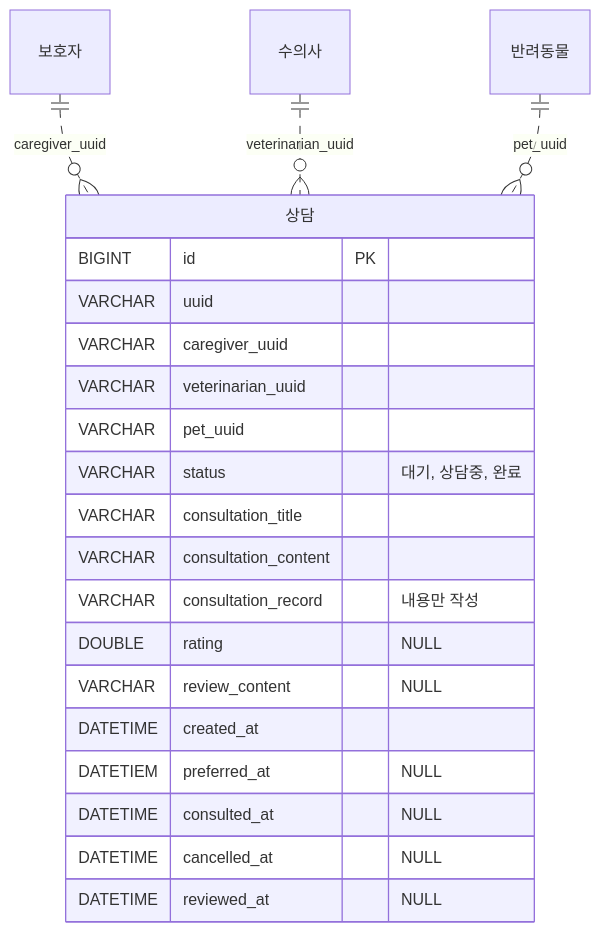
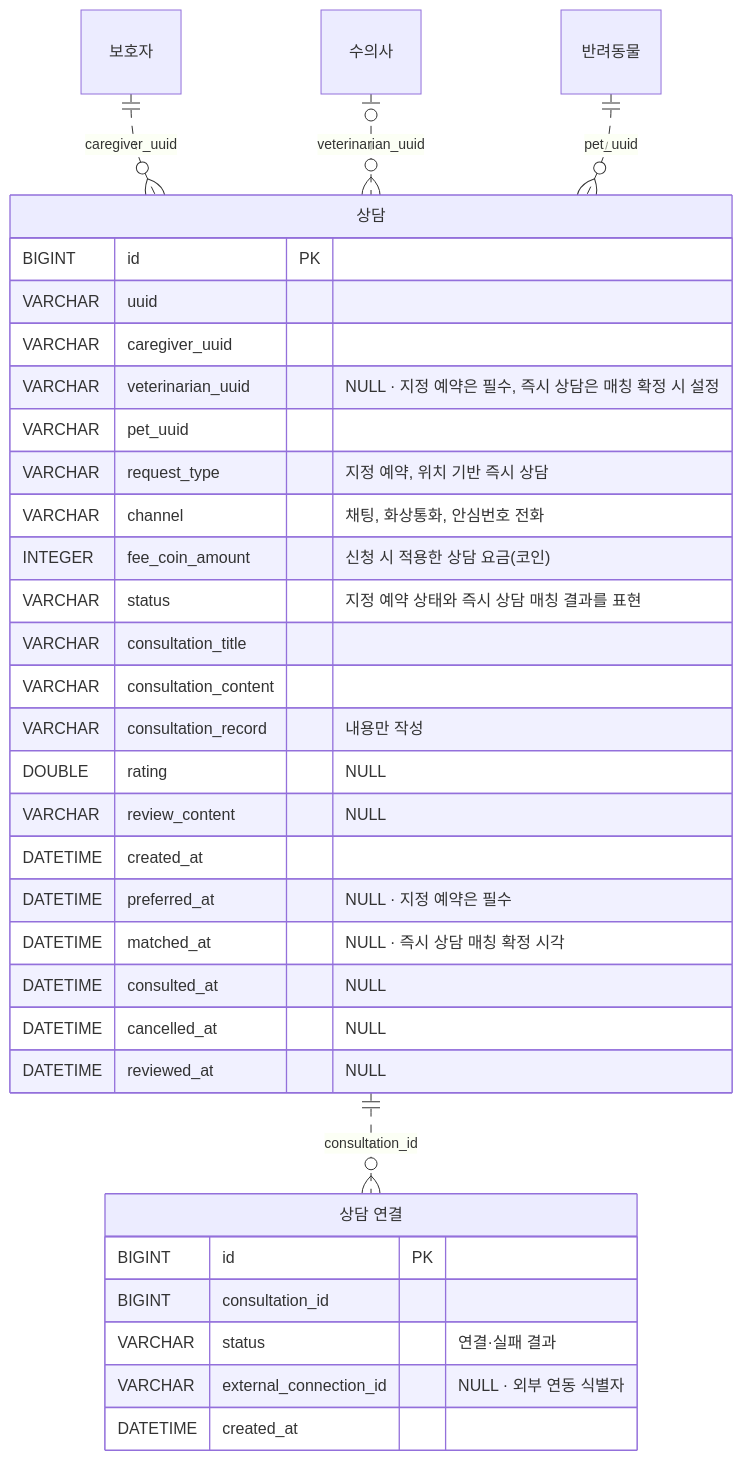
The fourth of 7 diagrams in docs/erd.md (louie-kury/louie-kury-back), drawn with Mermaid before and after one commit. The commit also changed other lines of this file, not shown here.

````diff
--- a/docs/erd.md
+++ b/docs/erd.md
@@ -307,25 +320,37 @@
 ```mermaid
 erDiagram
     "보호자" ||..o{ "상담" : "caregiver_uuid"
-    "수의사" ||..o{ "상담" : "veterinarian_uuid"
+    "수의사" |o..o{ "상담" : "veterinarian_uuid"
     "반려동물" ||..o{ "상담" : "pet_uuid"
+    "상담" ||..o{ "상담 연결" : "consultation_id"
 
     "상담" {
         BIGINT id PK
         VARCHAR uuid
         VARCHAR caregiver_uuid
-        VARCHAR veterinarian_uuid
+        VARCHAR veterinarian_uuid "NULL · 지정 예약은 필수, 즉시 상담은 매칭 확정 시 설정"
         VARCHAR pet_uuid
-        VARCHAR status "대기, 상담중, 완료"
+        VARCHAR request_type "지정 예약, 위치 기반 즉시 상담"
+        VARCHAR channel "채팅, 화상통화, 안심번호 전화"
+        INTEGER fee_coin_amount "신청 시 적용한 상담 요금(코인)"
+        VARCHAR status "지정 예약 상태와 즉시 상담 매칭 결과를 표현"
         VARCHAR consultation_title
         VARCHAR consultation_content
         VARCHAR consultation_record "내용만 작성"
         DOUBLE rating "NULL"
         VARCHAR review_content "NULL"
         DATETIME created_at
-        DATETIEM preferred_at "NULL"
+        DATETIME preferred_at "NULL · 지정 예약은 필수"
+        DATETIME matched_at "NULL · 즉시 상담 매칭 확정 시각"
         DATETIME consulted_at "NULL"
         DATETIME cancelled_at "NULL"
         DATETIME reviewed_at "NULL"
     }
+    "상담 연결" {
+        BIGINT id PK
+        BIGINT consultation_id
+        VARCHAR status "연결·실패 결과"
+        VARCHAR external_connection_id "NULL · 외부 연동 식별자"
+        DATETIME created_at
+    }
 ```
````
